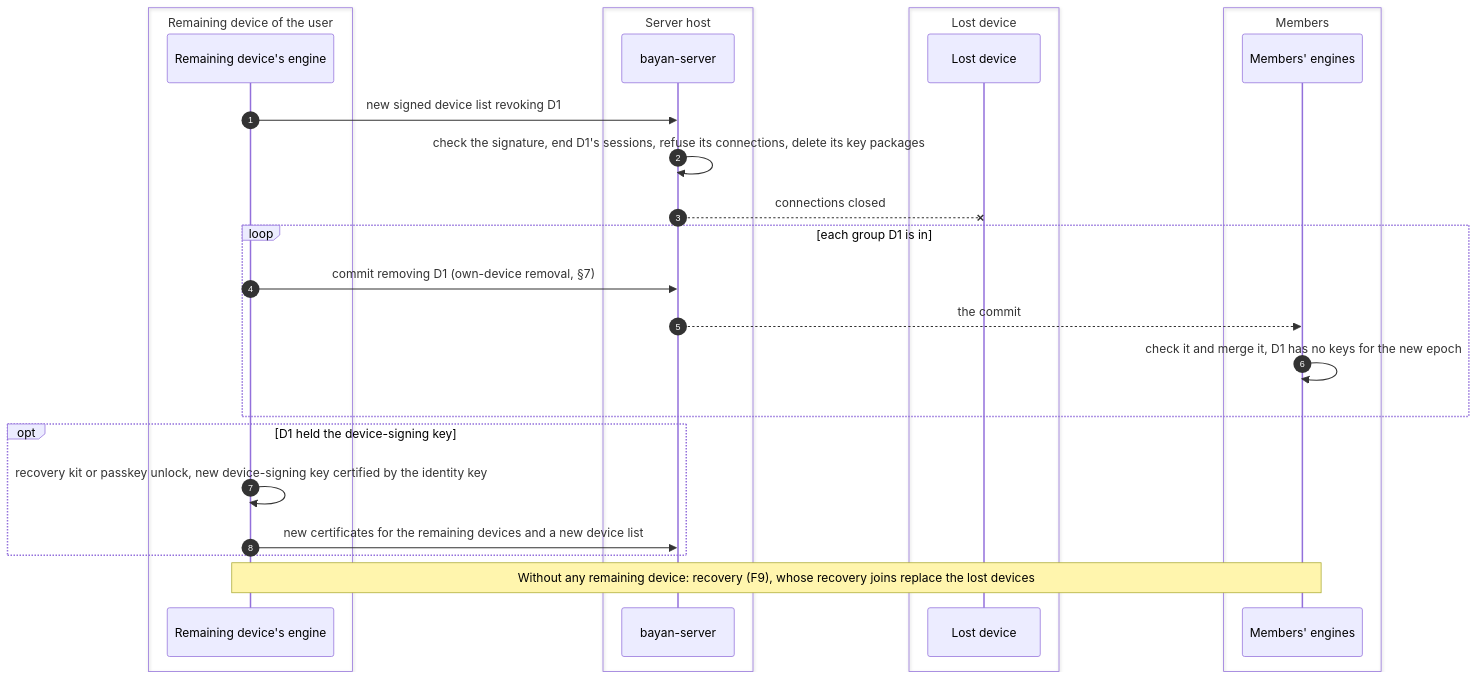
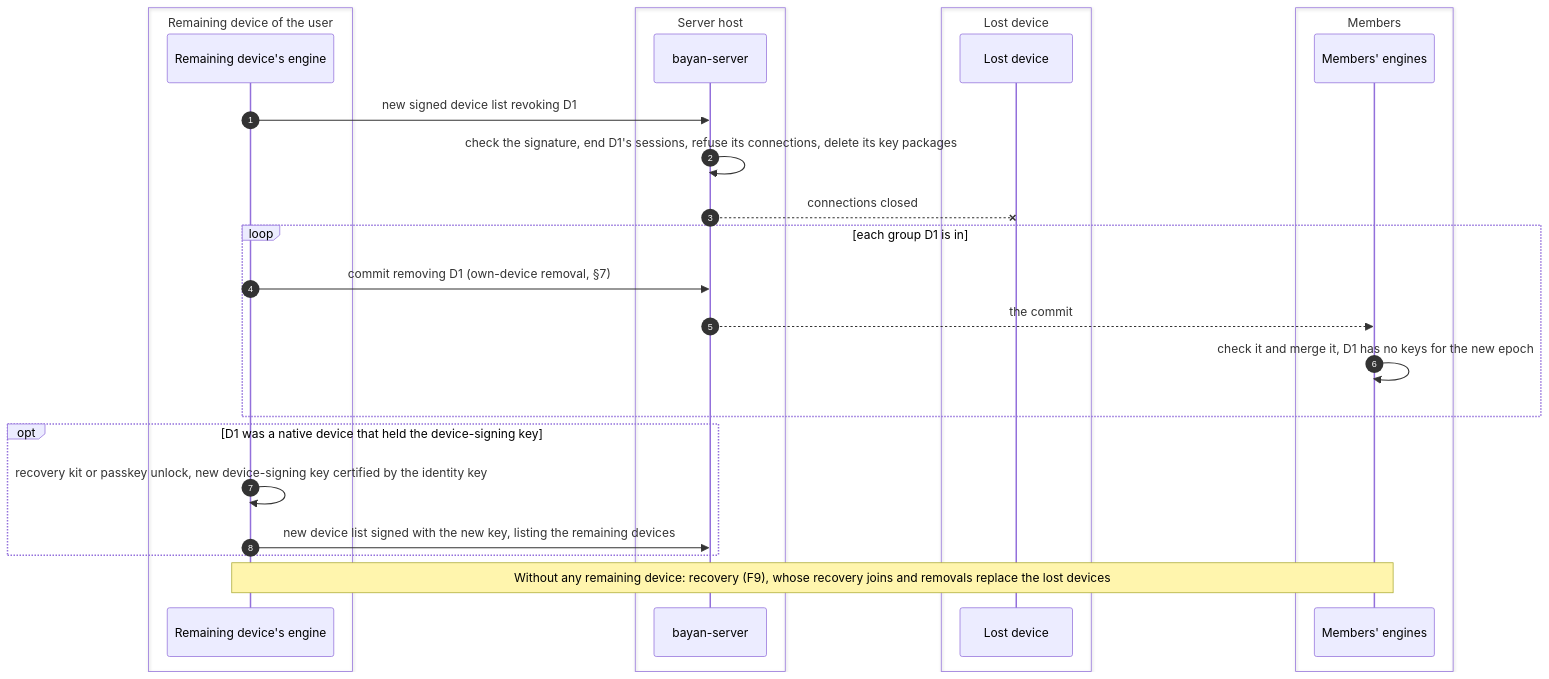
One commit to BayanDocs/docs changed diagram 14 of 21 in specs/threat-model.md. Above: the diagram before and after it, drawn with Mermaid. The commit also changed other lines of this file and 1 other file, not shown here.

````diff
--- a/specs/threat-model.md
+++ b/specs/threat-model.md
@@ -788,29 +874,29 @@
 ```mermaid
 sequenceDiagram
   autonumber
   box Remaining device of the user
     participant D2 as Remaining device's engine
   end
   box Server host
     participant S as bayan-server
   end
   box Lost device
     participant D1 as Lost device
   end
   box Members
     participant M as Members' engines
   end
   D2->>S: new signed device list revoking D1
   S->>S: check the signature, end D1's sessions, refuse its connections, delete its key packages
   S--x D1: connections closed
   loop each group D1 is in
     D2->>S: commit removing D1 (own-device removal, §7)
     S-->>M: the commit
     M->>M: check it and merge it, D1 has no keys for the new epoch
   end
-  opt D1 held the device-signing key
+  opt D1 was a native device that held the device-signing key
     D2->>D2: recovery kit or passkey unlock, new device-signing key certified by the identity key
-    D2->>S: new certificates for the remaining devices and a new device list
+    D2->>S: new device list signed with the new key, listing the remaining devices
   end
-  Note over D2,M: Without any remaining device: recovery (F9), whose recovery joins replace the lost devices
+  Note over D2,M: Without any remaining device: recovery (F9), whose recovery joins and removals replace the lost devices
 ```
````
